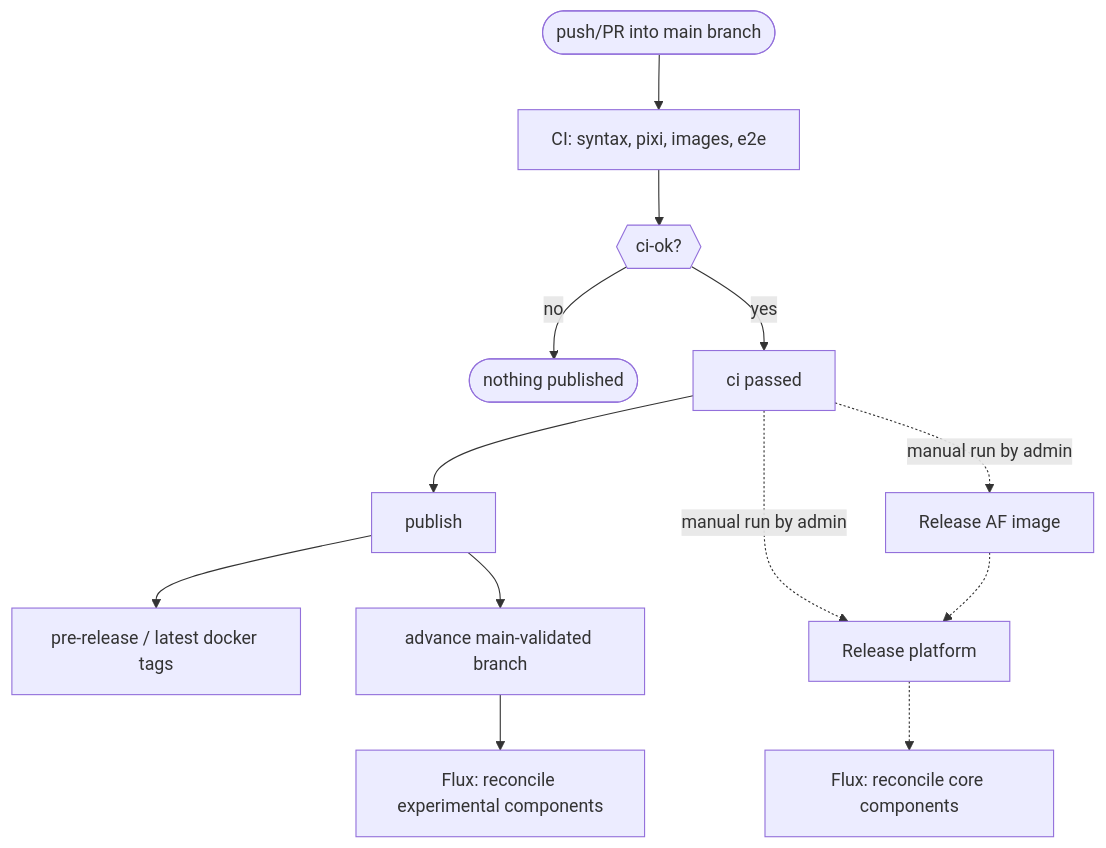
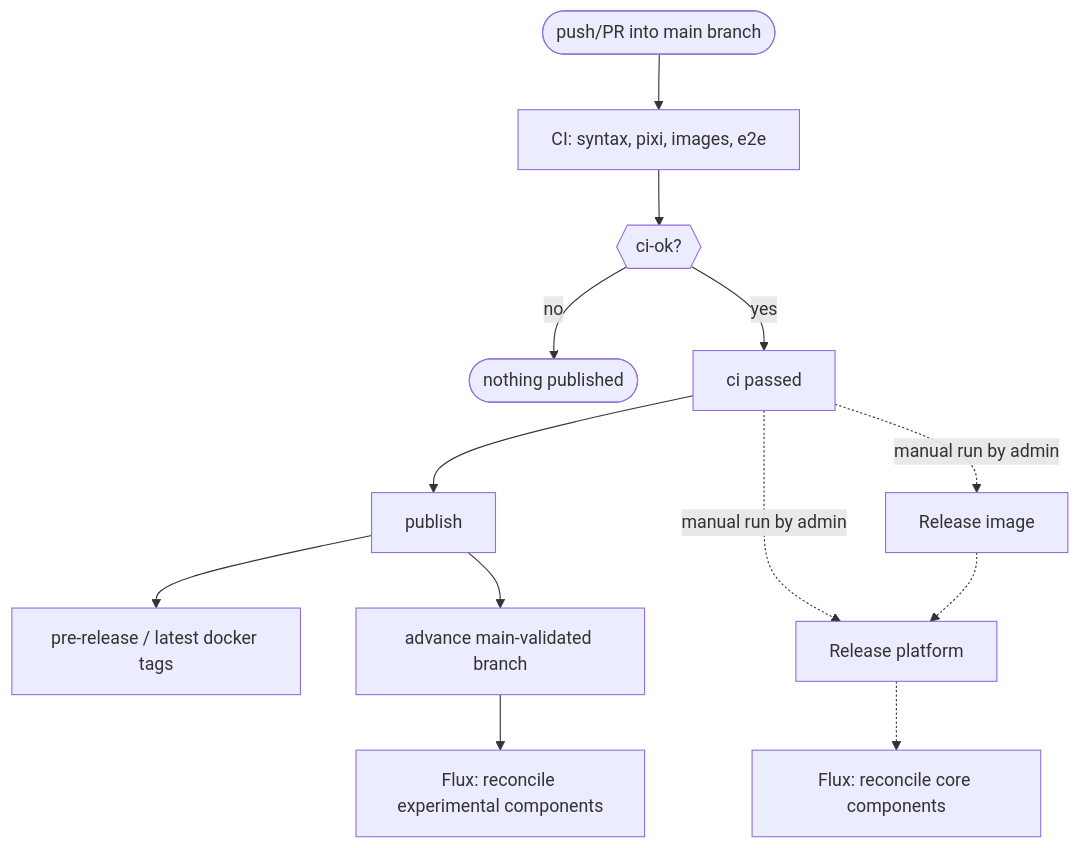
One commit to PurdueAF/purdue-af changed the diagram in RELEASING.md. Above: the diagram before and after it, drawn with Mermaid. The commit also changed 84 other files, not shown here.

````diff
--- a/RELEASING.md
+++ b/RELEASING.md
@@ -44,15 +44,15 @@
 ```mermaid
 flowchart TD
   push(["push/PR into main branch"]) --> checks["CI: syntax, pixi, images, e2e"]
   checks --> ok{{"ci-ok?"}}
   ok -->|no| stop(["nothing published"])
   ok -->|yes| passed["ci passed"]
   passed --> pub["publish"]
   pub --> tags["pre-release / latest docker tags"]
   pub --> mv["advance main-validated branch"]
   mv --> exp["Flux: reconcile experimental components"]
-  passed -.->|manual run by admin| img["Release AF image"]
+  passed -.->|manual run by admin| img["Release image"]
   passed -.->|manual run by admin| plat["Release platform"]
   img -.-> plat
   plat -.-> core["Flux: reconcile core components"]
 ```
````
